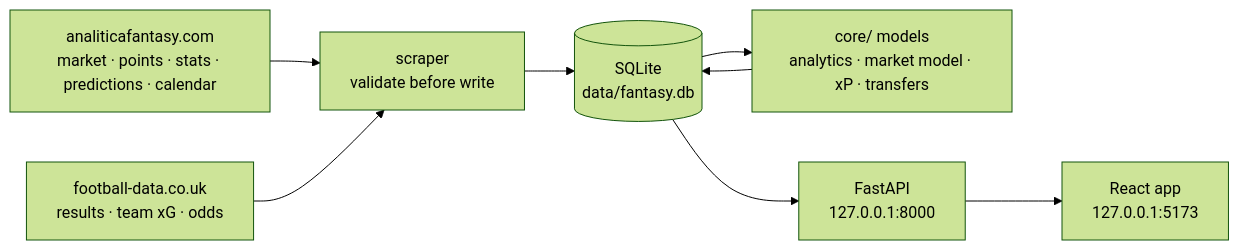
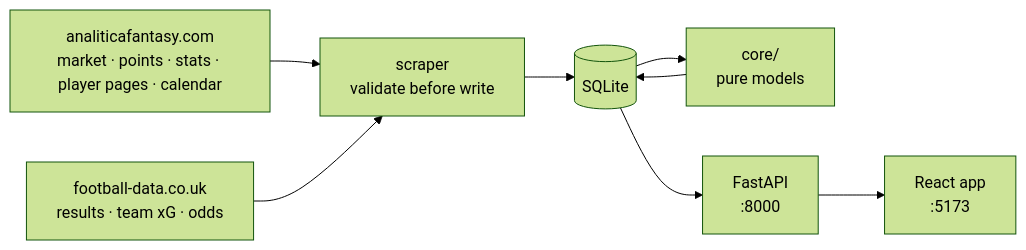
The diagram in README.md (ABO896/fantasy-laliga-stats), drawn with Mermaid (forest theme) before and after one commit. The commit also changed other lines of this file, not shown here.

Commit message:
docs: README covers verdicts, refresh modes and model validation

````diff
--- a/README.md
+++ b/README.md
@@ -71,10 +88,10 @@
 ```mermaid
 flowchart LR
-    AF["analiticafantasy.com<br/>market · points · stats · predictions · calendar"] --> S
+    AF["analiticafantasy.com<br/>market · points · stats · player pages · calendar"] --> S
     FD["football-data.co.uk<br/>results · team xG · odds"] --> S
-    S["scraper<br/>validate before write"] --> DB[("SQLite<br/>data/fantasy.db")]
-    DB --> M["core/ models<br/>analytics · market model · xP · transfers"]
+    S["scraper<br/>validate before write"] --> DB[("SQLite")]
+    DB --> M["core/<br/>pure models"]
     M --> DB
-    DB --> API["FastAPI<br/>127.0.0.1:8000"]
-    API --> WEB["React app<br/>127.0.0.1:5173"]
+    DB --> API["FastAPI<br/>:8000"]
+    API --> WEB["React app<br/>:5173"]
 ```
````
